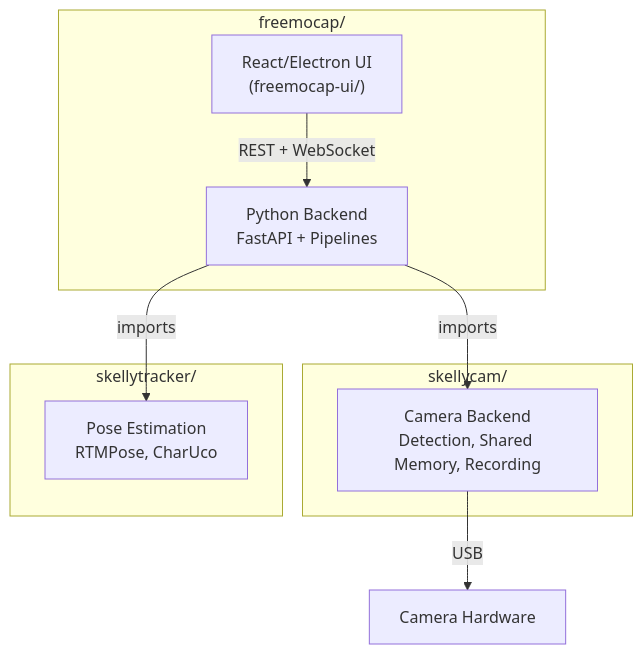
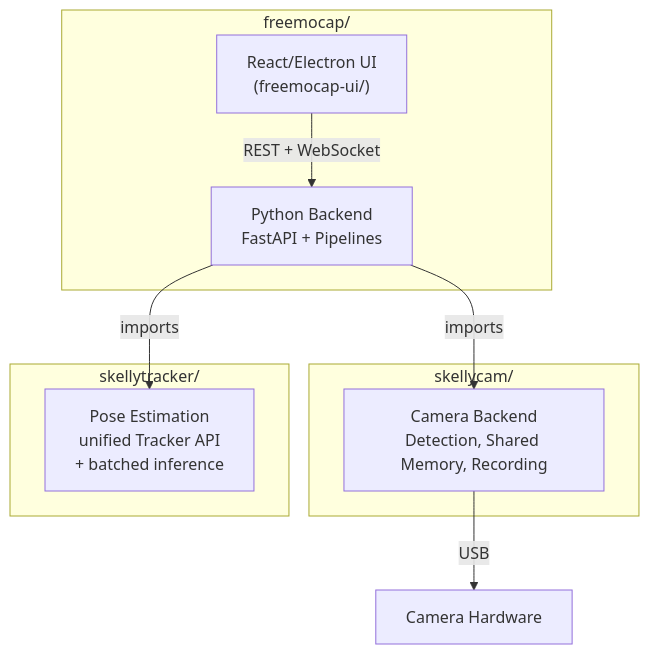
Before and after one commit to freemocap/freemocap: the diagram in freemocap-docs/docs/architecture/backend-overview.mdx, drawn with Mermaid. The commit also changed other lines of this file and 79 other files, not shown here.

````diff
--- a/freemocap-docs/docs/architecture/backend-overview.mdx
+++ b/freemocap-docs/docs/architecture/backend-overview.mdx
@@ -38,20 +41,20 @@
 ```mermaid
 graph TD
     subgraph Main["freemocap/"]
         Backend["Python Backend<br/>FastAPI + Pipelines"]
         Frontend["React/Electron UI<br/>(freemocap-ui/)"]
     end
 
     subgraph Cam["skellycam/"]
         SkellyBackend["Camera Backend<br/>Detection, Shared Memory, Recording"]
     end
 
     subgraph Track["skellytracker/"]
-        Tracker["Pose Estimation<br/>RTMPose, CharUco"]
+        Tracker["Pose Estimation<br/>unified Tracker API<br/>+ batched inference"]
     end
 
     Backend -->|"imports"| SkellyBackend
     Backend -->|"imports"| Tracker
     Frontend -->|"REST + WebSocket"| Backend
     SkellyBackend -->|"USB"| Cameras["Camera Hardware"]
 ```
````
